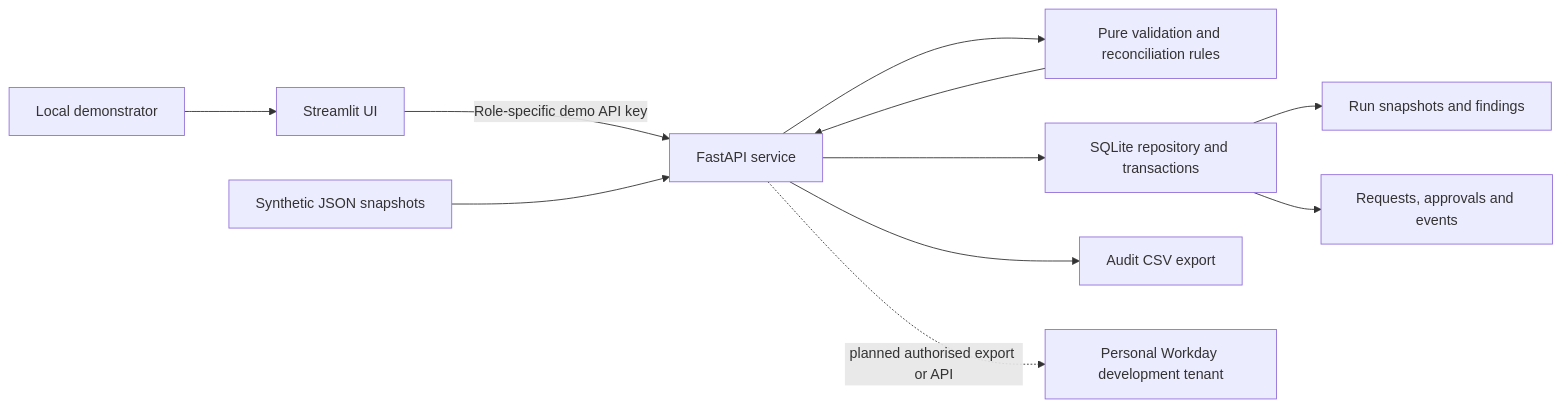
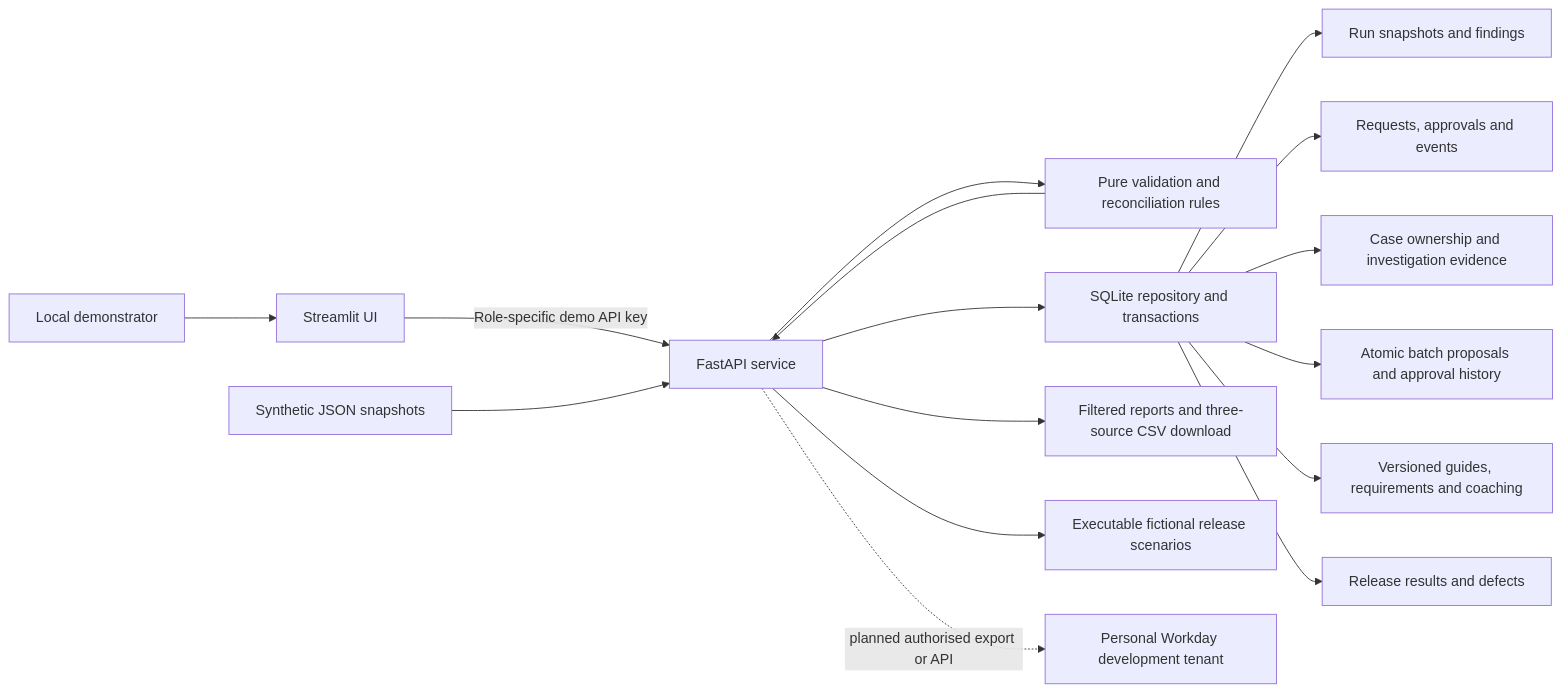
One commit to muhammadmubbashar/people-data-quality changed the diagram in docs/architecture.md. Above: the diagram before and after it, drawn with Mermaid. The commit also changed other lines of this file and 22 other files, not shown here.

````diff
--- a/docs/architecture.md
+++ b/docs/architecture.md
@@ -5,13 +5,18 @@
 ```mermaid
 flowchart LR
     U[Local demonstrator] --> UI[Streamlit UI]
     UI -->|Role-specific demo API key| API[FastAPI service]
     J[Synthetic JSON snapshots] --> API
     API --> RULES[Pure validation and reconciliation rules]
     API --> STORE[SQLite repository and transactions]
     STORE --> RUNS[Run snapshots and findings]
     STORE --> CHANGES[Requests, approvals and events]
-    API --> CSV[Audit CSV export]
+    STORE --> CASES[Case ownership and investigation evidence]
+    STORE --> BATCHES[Atomic batch proposals and approval history]
+    STORE --> DOCS[Versioned guides, requirements and coaching]
+    STORE --> TESTS[Release results and defects]
+    API --> CSV[Filtered reports and three-source CSV download]
+    API --> REGRESSION[Executable fictional release scenarios]
     RULES --> API
     API -. planned authorised export or API .-> WD[Personal Workday development tenant]
 ```
````
